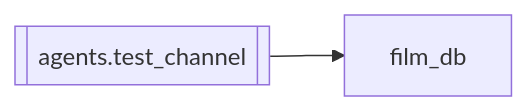
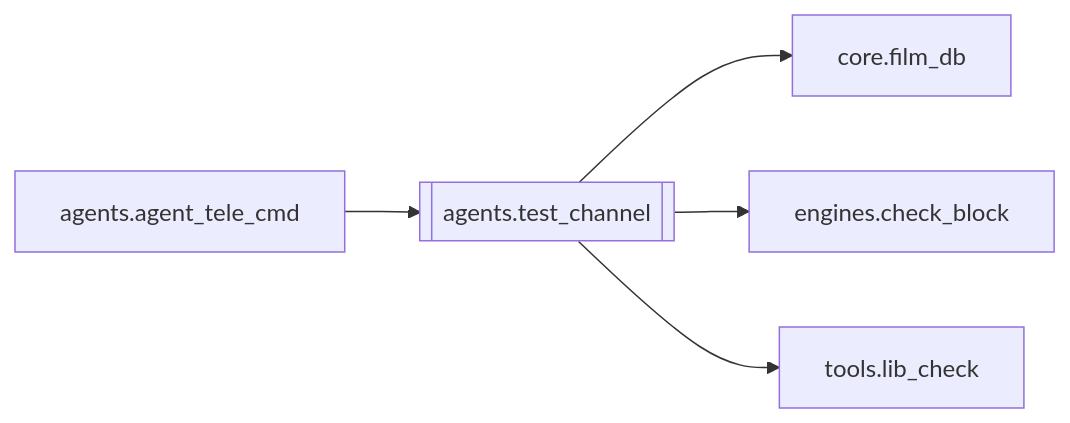
One commit to kjza178/PinelineV5 changed the diagram in docs/brain/modules/agents.test_channel.md. Above: the diagram before and after it, drawn with Mermaid. The commit also changed other lines of this file and 227 other files, not shown here.

````diff
--- a/docs/brain/modules/agents.test_channel.md
+++ b/docs/brain/modules/agents.test_channel.md
@@ -17,5 +17,8 @@
 ```mermaid
 flowchart LR
   agents_test_channel[[agents.test_channel]]
-  agents_test_channel --> film_db[film_db]
+  agents_agent_tele_cmd[agents.agent_tele_cmd] --> agents_test_channel
+  agents_test_channel --> core_film_db[core.film_db]
+  agents_test_channel --> engines_check_block[engines.check_block]
+  agents_test_channel --> tools_lib_check[tools.lib_check]
 ```
````
